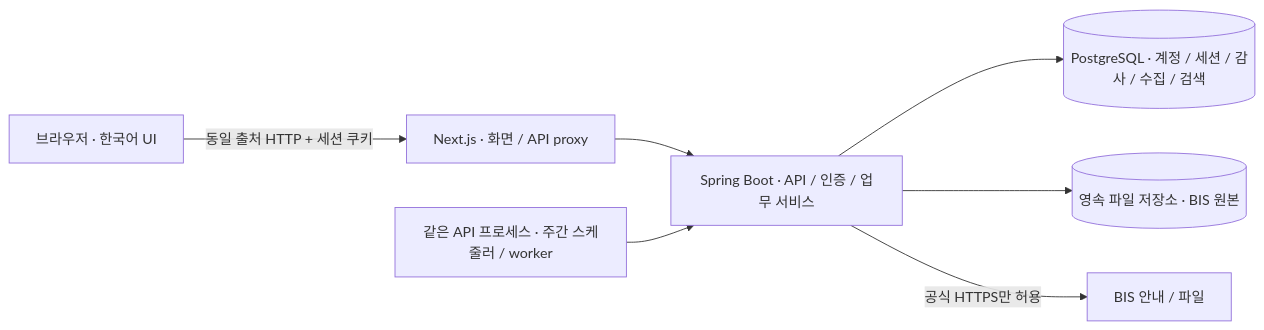
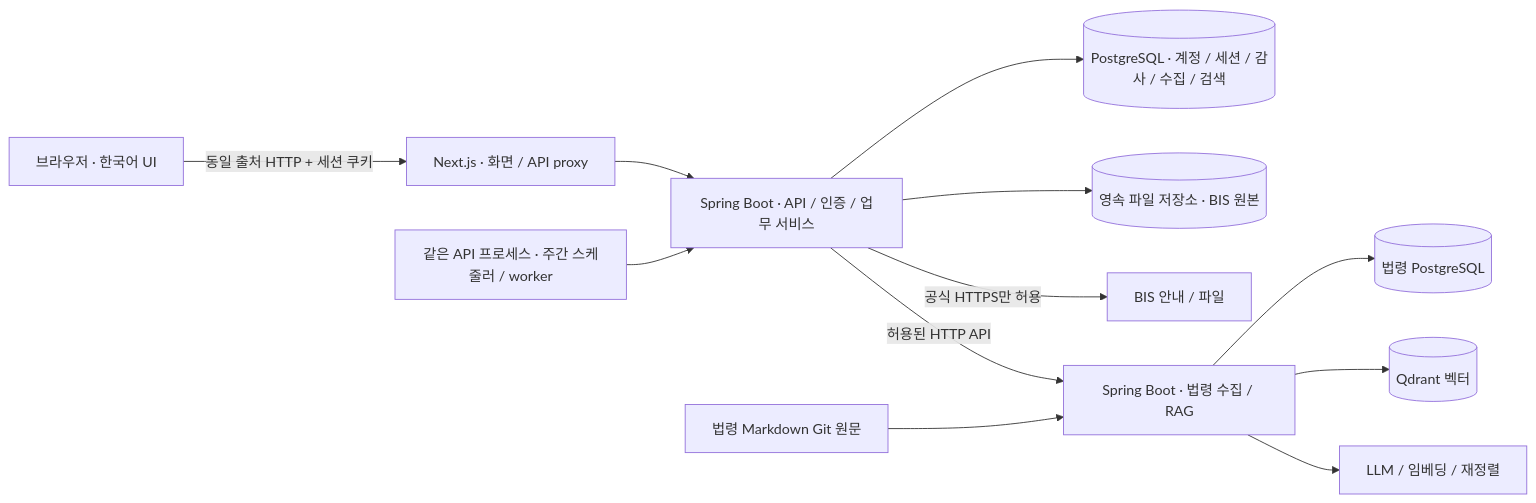
One commit to yrumupusm/tradeops_hub changed the second of 4 diagrams in docs/ko/architecture/c4.md. Above: the diagram before and after it, drawn with Mermaid. The commit also changed other lines of this file and 17 other files, not shown here.

Commit message:
docs: reconcile architecture and record prepublication verification

````diff
--- a/docs/ko/architecture/c4.md
+++ b/docs/ko/architecture/c4.md
@@ -15,9 +17,14 @@
 ```mermaid
 flowchart LR
  Browser["브라우저 · 한국어 UI"] -->|"동일 출처 HTTP + 세션 쿠키"| Web["Next.js · 화면 / API proxy"]
  Web --> API["Spring Boot · API / 인증 / 업무 서비스"]
  API --> DB[("PostgreSQL · 계정 / 세션 / 감사 / 수집 / 검색")]
  API --> Files[("영속 파일 저장소 · BIS 원본")]
  API -->|"공식 HTTPS만 허용"| BIS["BIS 안내 / 파일"]
  Worker["같은 API 프로세스 · 주간 스케줄러 / worker"] --> API
+ API -->|"허용된 HTTP API"| Law["Spring Boot · 법령 수집 / RAG"]
+ Law --> LawDB[("법령 PostgreSQL")]
+ Law --> Q[("Qdrant 벡터")]
+ Law --> Models["LLM / 임베딩 / 재정렬"]
+ Sources["법령 Markdown Git 원문"] --> Law
 ```
````
